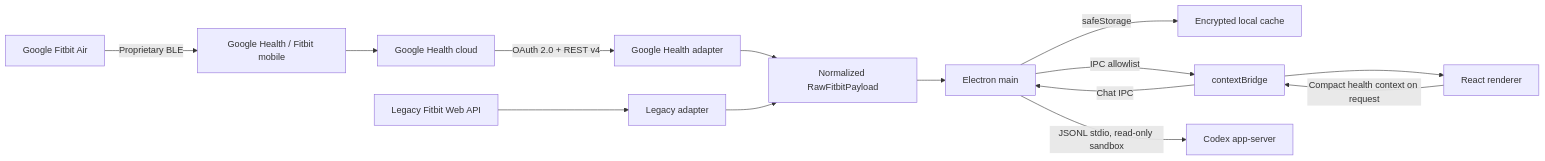
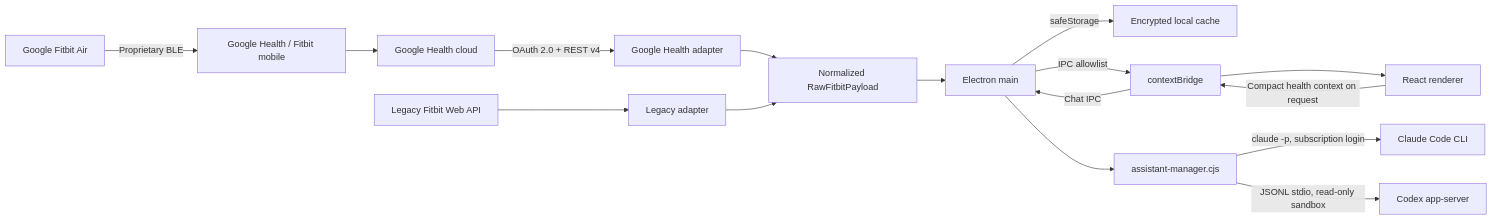
One commit to gadots/healthtracker changed the diagram in docs/ARCHITECTURE.md. Above: the diagram before and after it, drawn with Mermaid. The commit also changed other lines of this file and 16 other files, not shown here.

````diff
--- a/docs/ARCHITECTURE.md
+++ b/docs/ARCHITECTURE.md
@@ -15,16 +15,18 @@
 ```mermaid
 flowchart LR
     Air["Google Fitbit Air"] -->|Proprietary BLE| Mobile["Google Health / Fitbit mobile"]
     Mobile --> Cloud["Google Health cloud"]
     Cloud -->|OAuth 2.0 + REST v4| GHA["Google Health adapter"]
     Legacy["Legacy Fitbit Web API"] --> FBA["Legacy adapter"]
     GHA --> Contract["Normalized RawFitbitPayload"]
     FBA --> Contract
     Contract --> Main["Electron main"]
     Main -->|safeStorage| Cache["Encrypted local cache"]
     Main -->|IPC allowlist| Preload["contextBridge"]
     Preload --> Renderer["React renderer"]
     Renderer -->|Compact health context on request| Preload
     Preload -->|Chat IPC| Main
-    Main -->|JSONL stdio, read-only sandbox| Codex["Codex app-server"]
+    Main --> Manager["assistant-manager.cjs"]
+    Manager -->|"claude -p, subscription login"| Claude["Claude Code CLI"]
+    Manager -->|"JSONL stdio, read-only sandbox"| Codex["Codex app-server"]
 ```
````
